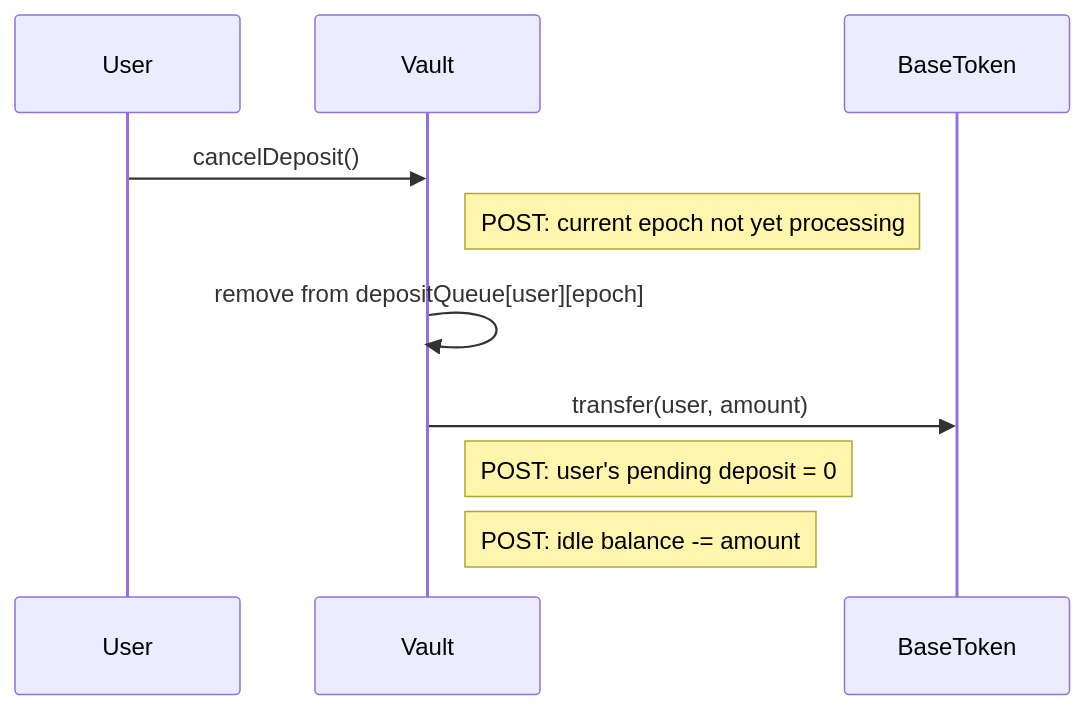
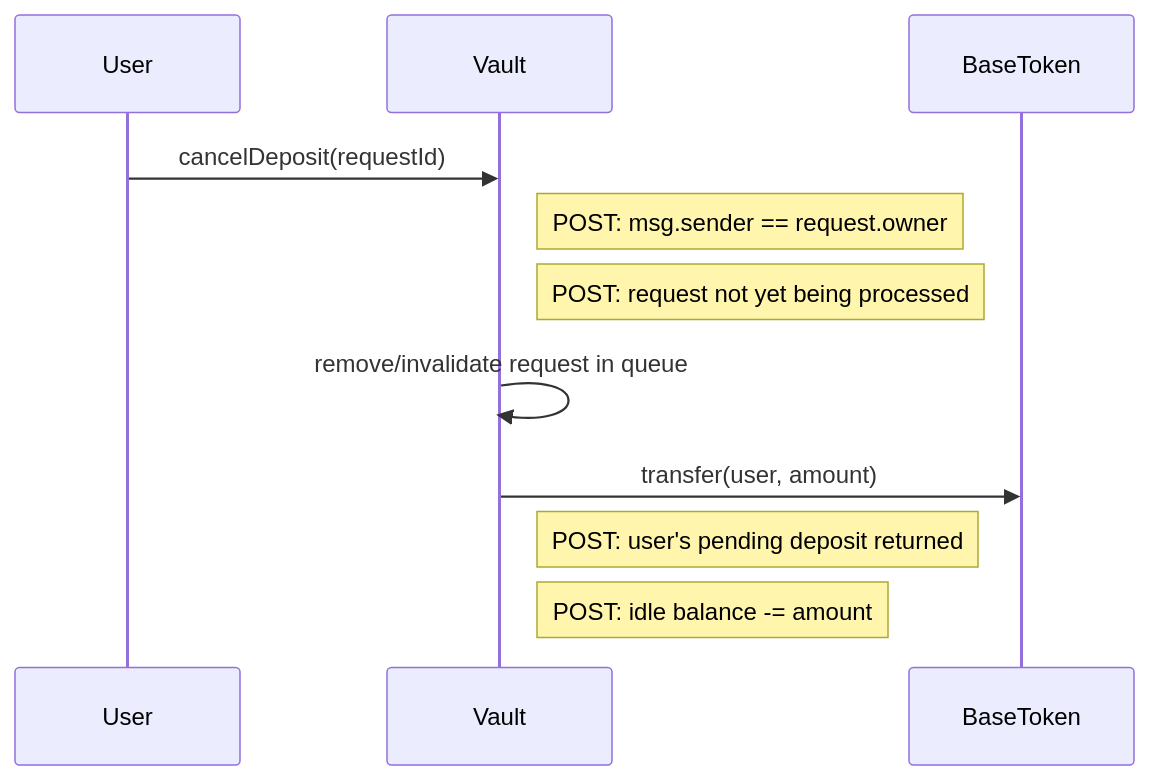
The second of 17 diagrams in docs/architecture/call-diagrams.md (evgenynacu/leverage-vaults), drawn with Mermaid before and after one commit. The commit also changed other lines of this file and 10 other files, not shown here.

Commit message:
fix: naming conventions, swap calldata, partial epoch processing etc

````diff
--- a/docs/architecture/call-diagrams.md
+++ b/docs/architecture/call-diagrams.md
@@ -19,9 +19,10 @@
 ```mermaid
 sequenceDiagram
-    User->>Vault: cancelDeposit()
-    note right of Vault: POST: current epoch not yet processing
-    Vault->>Vault: remove from depositQueue[user][epoch]
+    User->>Vault: cancelDeposit(requestId)
+    note right of Vault: POST: msg.sender == request.owner
+    note right of Vault: POST: request not yet being processed
+    Vault->>Vault: remove/invalidate request in queue
     Vault->>BaseToken: transfer(user, amount)
-    note right of Vault: POST: user's pending deposit = 0
+    note right of Vault: POST: user's pending deposit returned
     note right of Vault: POST: idle balance -= amount
 ```
````
